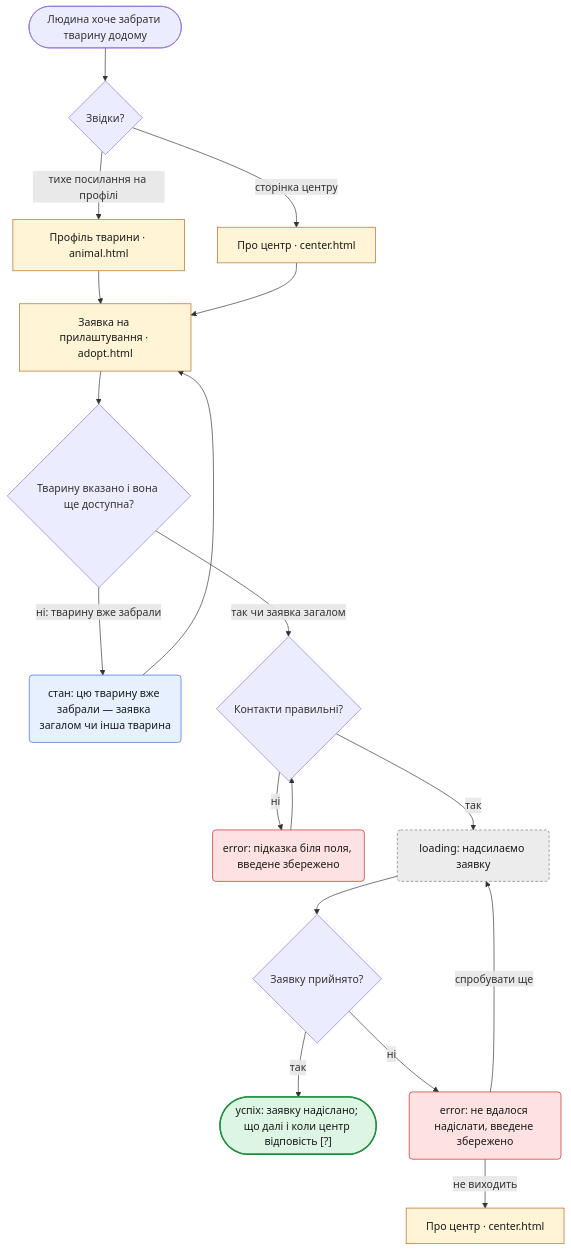
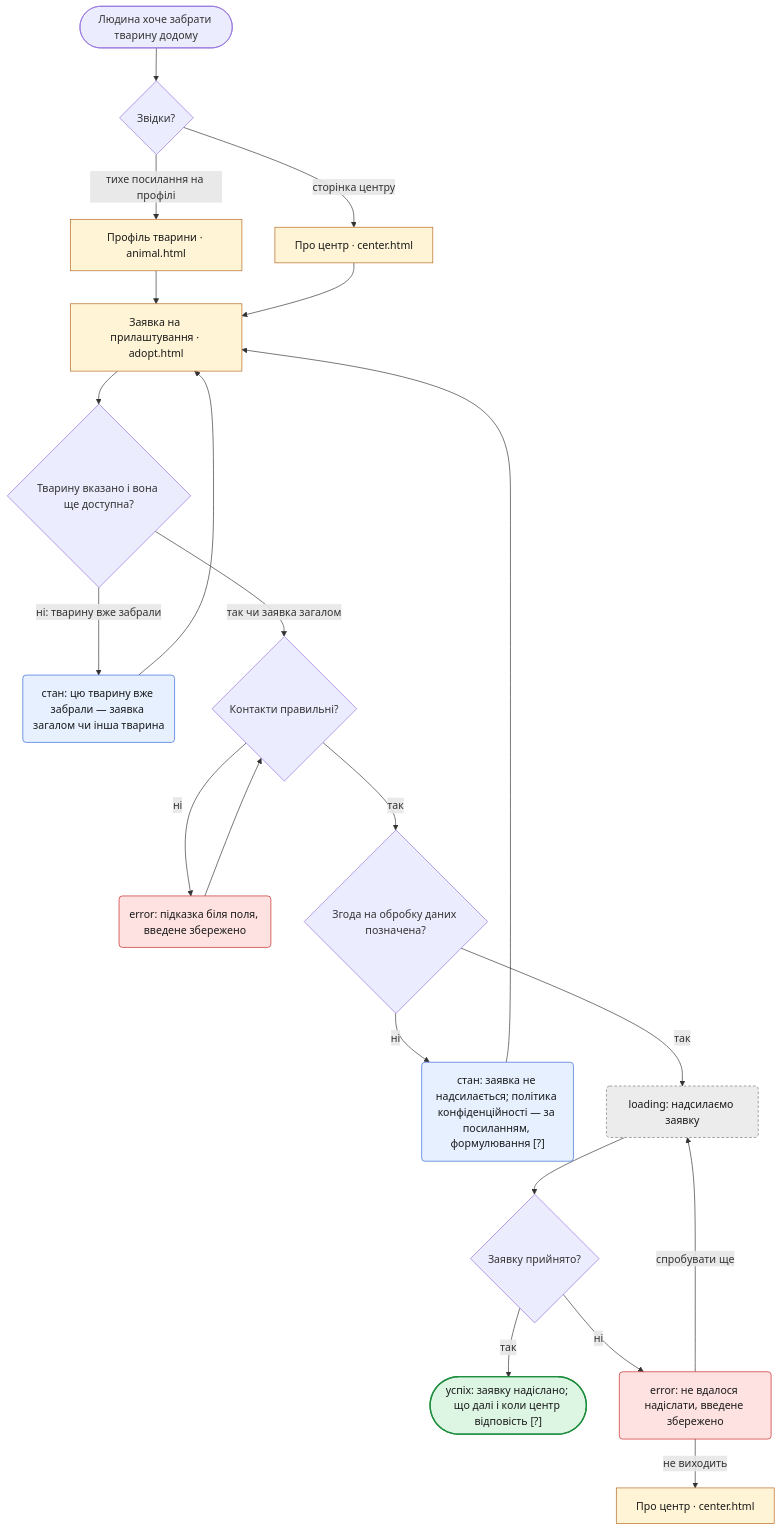
Before and after one commit to diadieva/pride: the seventh of 8 diagrams in flows.md, drawn with Mermaid. The commit also changed other lines of this file and 65 other files, not shown here.

First line of the commit message:
Add wireframes for all screens and align sitemap and flows

````diff
--- a/flows.md
+++ b/flows.md
@@ -657,31 +674,34 @@
 ```mermaid
 flowchart TD
     S(["Людина хоче забрати тварину додому"]) --> Q1{"Звідки?"}
     Q1 -->|"тихе посилання на профілі"| PROF["Профіль тварини · animal.html"]
     PROF --> ADOPT
     Q1 -->|"сторінка центру"| CENTER["Про центр · center.html"]
     CENTER --> ADOPT["Заявка на прилаштування · adopt.html"]
     ADOPT --> Q2{"Тварину вказано і вона ще доступна?"}
     Q2 -->|"ні: тварину вже забрали"| ST1("стан: цю тварину вже забрали — заявка загалом чи інша тварина")
     ST1 --> ADOPT
     Q2 -->|"так чи заявка загалом"| Q3{"Контакти правильні?"}
     Q3 -->|ні| E1("error: підказка біля поля, введене збережено")
     E1 --> Q3
-    Q3 -->|так| L1("loading: надсилаємо заявку")
+    Q3 -->|так| Q3A{"Згода на обробку даних позначена?"}
+    Q3A -->|ні| ST2("стан: заявка не надсилається; політика конфіденційності — за посиланням, формулювання [?]")
+    ST2 --> ADOPT
+    Q3A -->|так| L1("loading: надсилаємо заявку")
     L1 --> Q4{"Заявку прийнято?"}
     Q4 -->|так| OK1(["успіх: заявку надіслано; що далі і коли центр відповість [?]"])
     Q4 -->|ні| E2("error: не вдалося надіслати, введене збережено")
     E2 -->|"спробувати ще"| L1
     E2 -->|"не виходить"| CONTACT["Про центр · center.html"]
 
     classDef screen fill:#FFF4D6,stroke:#B5651D,color:#1a1a1a
     classDef loading fill:#ECECEC,stroke:#777777,color:#1a1a1a,stroke-dasharray:4 3
     classDef error fill:#FDE2E1,stroke:#C5221F,color:#1a1a1a
     classDef state fill:#E6F0FF,stroke:#3367D6,color:#1a1a1a
     classDef ok fill:#DDF5E3,stroke:#1E8E3E,color:#1a1a1a,stroke-width:2px
     class PROF,CENTER,ADOPT,CONTACT screen
     class L1 loading
     class E1,E2 error
-    class ST1 state
+    class ST1,ST2 state
     class OK1 ok
 ```
````
